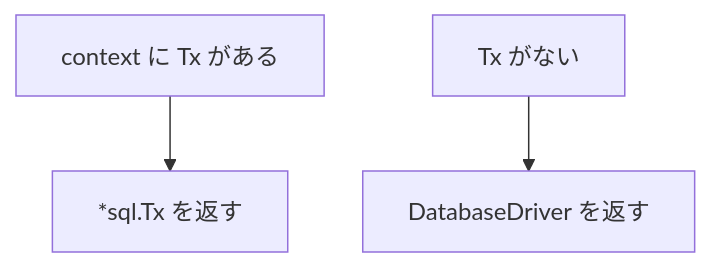
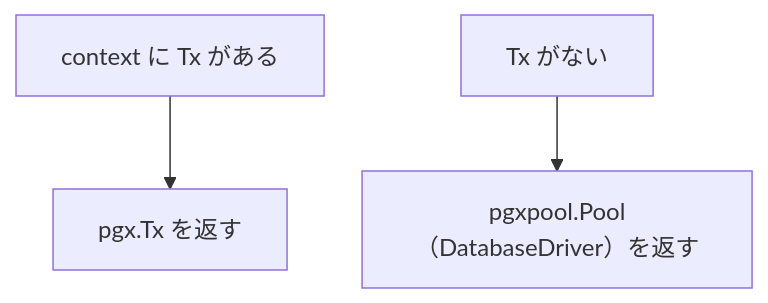
Before and after one commit to Tomy-ch/go-boilerplate: the fourth of 4 diagrams in internal/infrastructure/rdb/driver/README.ja.md, drawn with Mermaid. The commit also changed other lines of this file and 2 other files, not shown here.

````diff
--- a/internal/infrastructure/rdb/driver/README.ja.md
+++ b/internal/infrastructure/rdb/driver/README.ja.md
@@ -116,5 +115,5 @@
 ```mermaid
 flowchart TB
-    HasTx["context に Tx がある"] --> ReturnTx["*sql.Tx を返す"]
-    NoTx["Tx がない"] --> ReturnDB["DatabaseDriver を返す"]
+    HasTx["context に Tx がある"] --> ReturnTx["pgx.Tx を返す"]
+    NoTx["Tx がない"] --> ReturnDB["pgxpool.Pool（DatabaseDriver）を返す"]
 ```
````
